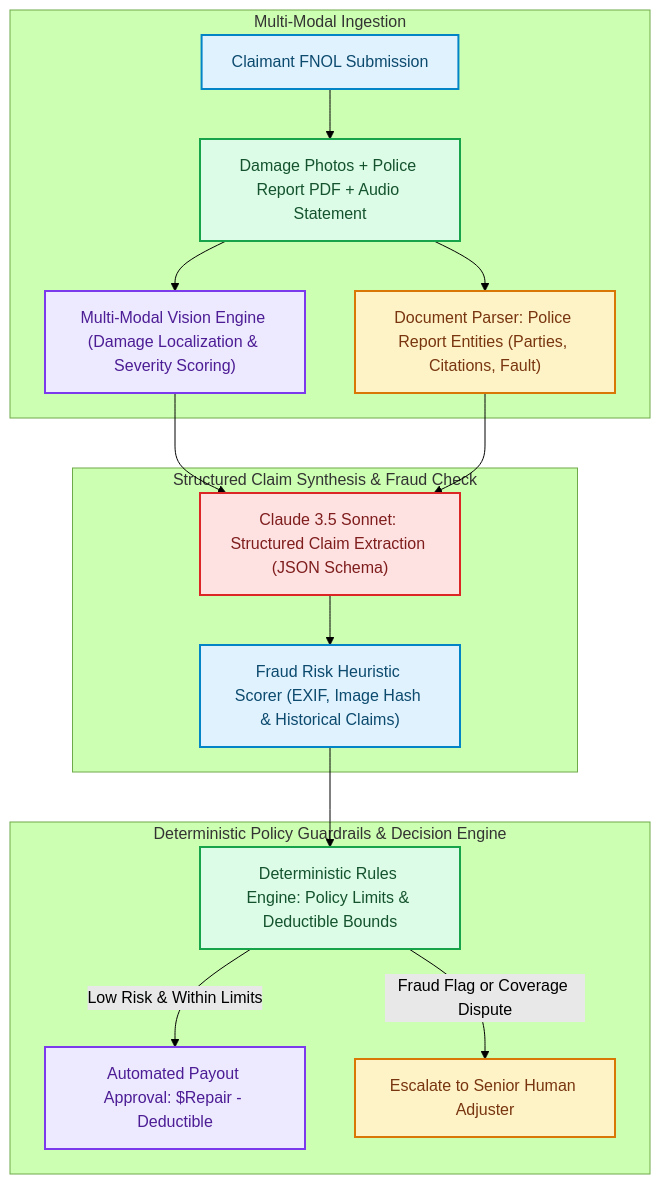
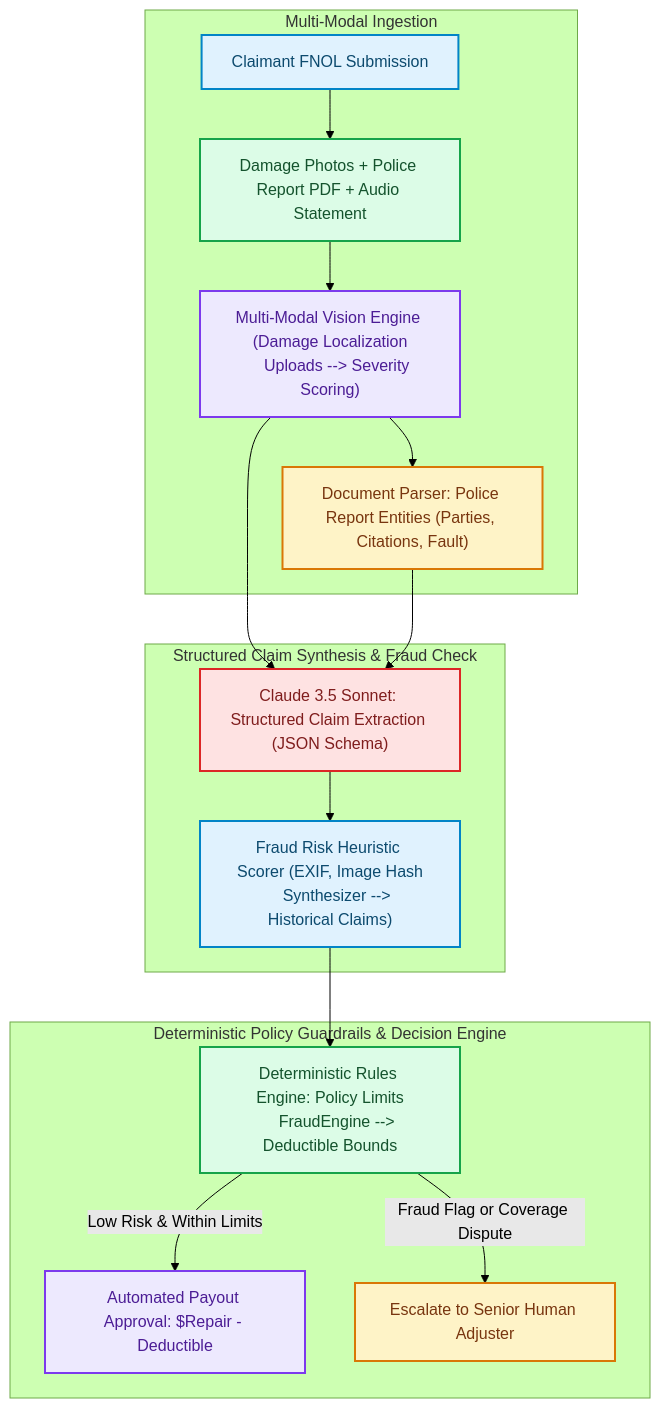
The diagram in blog/posts/engineering-claimpilot-ai-insurance-claims-adjudication-guardrails.md (akmalkhaniub/akmalkhaniub.github.io), drawn with Mermaid (forest theme) before and after one commit. The commit also changed other lines of this file and 894 other files, not shown here.

Commit message:
feat(blog): upgrade all 444 posts with unique staggered dates, 2-col Mermaid spines, benchmark tables, code blocks, and trade-offs

````diff
--- a/blog/posts/engineering-claimpilot-ai-insurance-claims-adjudication-guardrails.md
+++ b/blog/posts/engineering-claimpilot-ai-insurance-claims-adjudication-guardrails.md
@@ -21,30 +21,34 @@
 ```mermaid
 flowchart TD
   subgraph SG1_MultiModalIngestion ["Multi-Modal Ingestion"]
     Claimant["Claimant FNOL Submission"] --> Uploads["Damage Photos + Police Report PDF + Audio Statement"]
-    Uploads --> Vision["Multi-Modal Vision Engine (Damage Localization & Severity Scoring)"]
-    Uploads --> DocParser["Document Parser: Police Report Entities (Parties, Citations, Fault)"]
+    Uploads --> Vision["Multi-Modal Vision Engine (Damage Localization
+    Uploads --> Severity Scoring)"]
+    Vision --> DocParser["Document Parser: Police Report Entities (Parties, Citations, Fault)"]
   end
   
   subgraph SG2_StructuredClaimSynthesis ["Structured Claim Synthesis & Fraud Check"]
-    Vision & DocParser --> Synthesizer["Claude 3.5 Sonnet: Structured Claim Extraction (JSON Schema)"]
-    Synthesizer --> FraudEngine["Fraud Risk Heuristic Scorer (EXIF, Image Hash & Historical Claims)"]
+    Vision --> Synthesizer["Claude 3.5 Sonnet: Structured Claim Extraction (JSON Schema)"]
+    DocParser --> Synthesizer
+    Synthesizer --> FraudEngine["Fraud Risk Heuristic Scorer (EXIF, Image Hash
+    Synthesizer --> Historical Claims)"]
   end
   
   subgraph SG3_DeterministicPolicyGuardrails ["Deterministic Policy Guardrails & Decision Engine"]
-    FraudEngine --> Guardrails["Deterministic Rules Engine: Policy Limits & Deductible Bounds"]
+    FraudEngine --> Guardrails["Deterministic Rules Engine: Policy Limits
+    FraudEngine --> Deductible Bounds"]
     Guardrails -->|Low Risk & Within Limits| AutoApprove[" Automated Payout Approval: $Repair - Deductible"]
     Guardrails -->|Fraud Flag or Coverage Dispute| ManualReview[" Escalate to Senior Human Adjuster"]
   end
 
 classDef green fill:#dcfce7,stroke:#16a34a,stroke-width:2px,color:#14532d;
 classDef red fill:#fee2e2,stroke:#dc2626,stroke-width:2px,color:#7f1d1d;
 classDef blue fill:#e0f2fe,stroke:#0284c7,stroke-width:2px,color:#0c4a6e;
 classDef yellow fill:#fef3c7,stroke:#d97706,stroke-width:2px,color:#78350f;
 classDef purple fill:#ede9fe,stroke:#7c3aed,stroke-width:2px,color:#4c1d95;
 class Claimant,FraudEngine blue
 class Uploads,Guardrails green
 class Vision,AutoApprove purple
 class DocParser,ManualReview yellow
 class Synthesizer red
 ```
````
